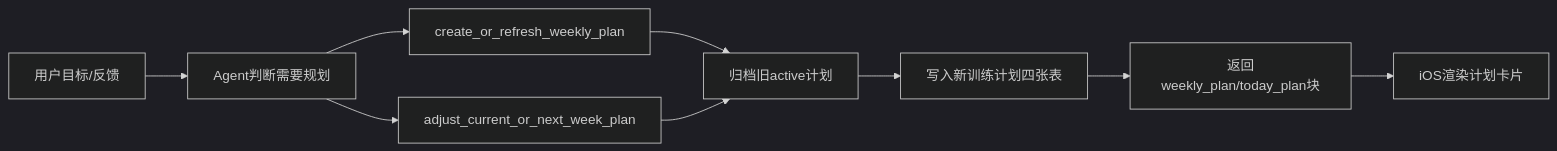
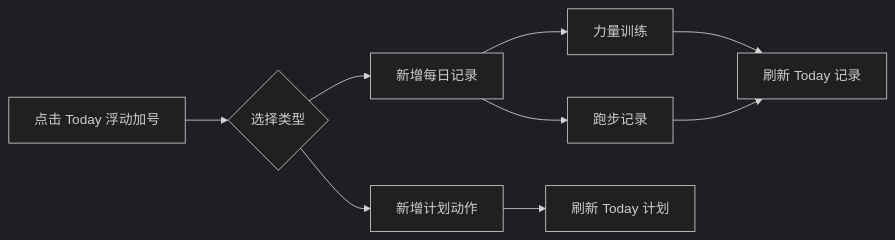
Before and after one commit to Paikchu/PeakLog: the second of 3 diagrams in docs/architecture/business-flow.md, drawn with Mermaid (dark theme). The commit also changed other lines of this file and 75 other files, not shown here.

````diff
--- a/docs/architecture/business-flow.md
+++ b/docs/architecture/business-flow.md
@@ -76,11 +33,11 @@
 ```mermaid
 flowchart LR
-    U[用户目标/反馈] --> A[Agent判断需要规划]
-    A --> B[create_or_refresh_weekly_plan]
-    A --> C[adjust_current_or_next_week_plan]
-    B --> D[归档旧active计划]
-    C --> D
-    D --> E[写入新训练计划四张表]
-    E --> F[返回weekly_plan/today_plan块]
-    F --> G[iOS渲染计划卡片]
+    A[点击 Today 浮动加号] --> B{选择类型}
+    B --> C[新增计划动作]
+    B --> D[新增每日记录]
+    D --> E[力量训练]
+    D --> F[跑步记录]
+    C --> G[刷新 Today 计划]
+    E --> H[刷新 Today 记录]
+    F --> H
 ```
````
